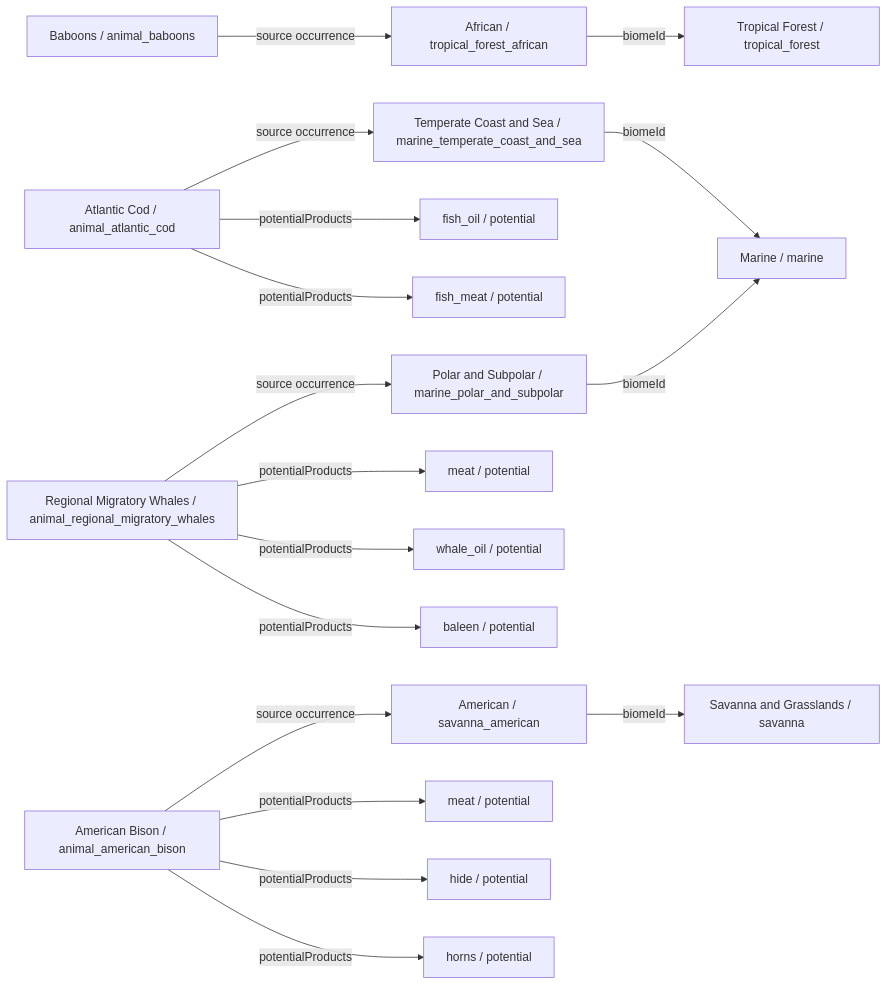
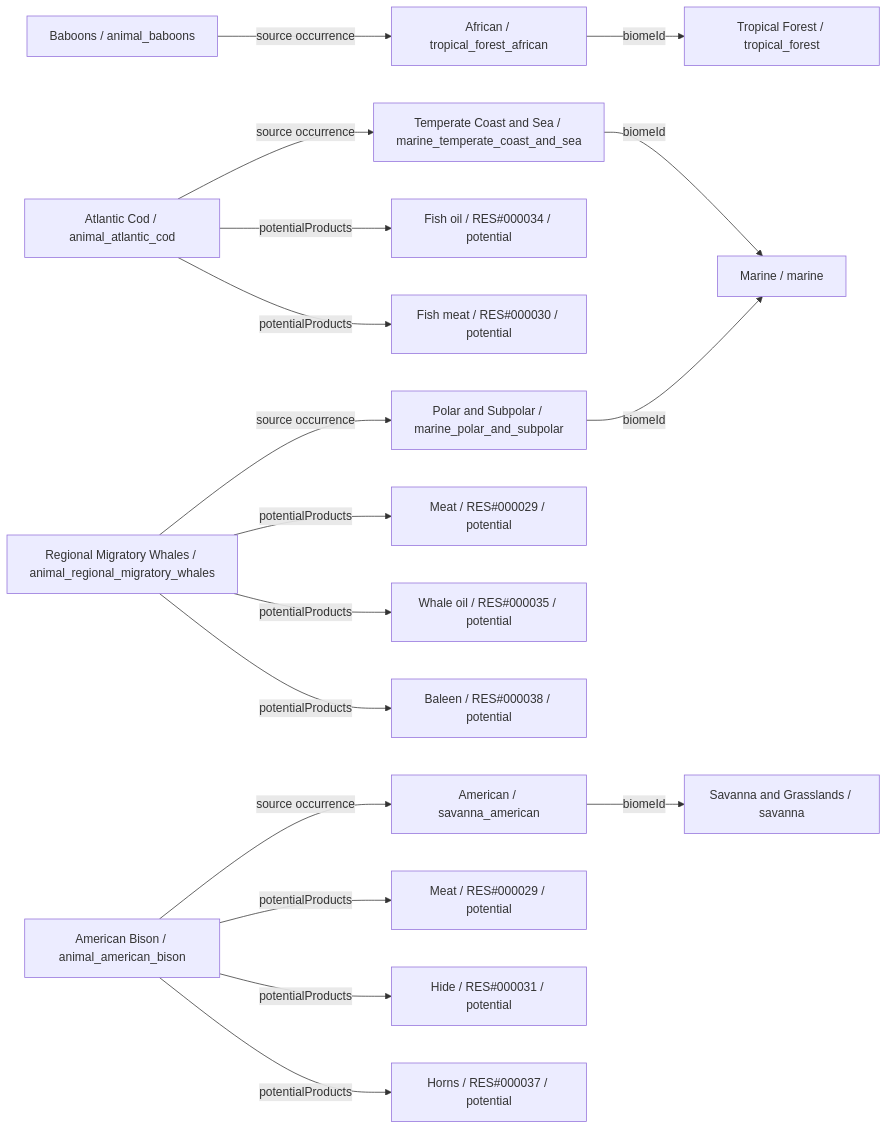
One commit to fgabo404/EvolveDoc changed the third of 34 diagrams in data/animals/DIAGRAMS.md. Above: the diagram before and after it, drawn with Mermaid. The commit also changed other lines of this file and 50 other files, not shown here.

````diff
--- a/data/animals/DIAGRAMS.md
+++ b/data/animals/DIAGRAMS.md
@@ -235,38 +235,38 @@
 ```mermaid
 flowchart LR
     c0["Baboons / animal_baboons"]
     v1["African / tropical_forest_african"]
     b0["Tropical Forest / tropical_forest"]
     c1["Atlantic Cod / animal_atlantic_cod"]
     v20["Temperate Coast and Sea / marine_temperate_coast_and_sea"]
     b5["Marine / marine"]
-    o1_0["fish_oil / potential"]
-    o1_1["fish_meat / potential"]
+    o1_0["Fish oil / RES#000034 / potential"]
+    o1_1["Fish meat / RES#000030 / potential"]
     c2["Regional Migratory Whales / animal_regional_migratory_whales"]
     v21["Polar and Subpolar / marine_polar_and_subpolar"]
-    o2_0["meat / potential"]
-    o2_1["whale_oil / potential"]
-    o2_2["baleen / potential"]
+    o2_0["Meat / RES#000029 / potential"]
+    o2_1["Whale oil / RES#000035 / potential"]
+    o2_2["Baleen / RES#000038 / potential"]
     c3["American Bison / animal_american_bison"]
     v12["American / savanna_american"]
     b3["Savanna and Grasslands / savanna"]
-    o3_0["meat / potential"]
-    o3_1["hide / potential"]
-    o3_2["horns / potential"]
+    o3_0["Meat / RES#000029 / potential"]
+    o3_1["Hide / RES#000031 / potential"]
+    o3_2["Horns / RES#000037 / potential"]
     c0 -->|source occurrence| v1
     c1 -->|potentialProducts| o1_0
     c1 -->|potentialProducts| o1_1
     c1 -->|source occurrence| v20
     c2 -->|potentialProducts| o2_0
     c2 -->|potentialProducts| o2_1
     c2 -->|potentialProducts| o2_2
     c2 -->|source occurrence| v21
     c3 -->|potentialProducts| o3_0
     c3 -->|potentialProducts| o3_1
     c3 -->|potentialProducts| o3_2
     c3 -->|source occurrence| v12
     v1 -->|biomeId| b0
     v12 -->|biomeId| b3
     v20 -->|biomeId| b5
     v21 -->|biomeId| b5
 ```
````
